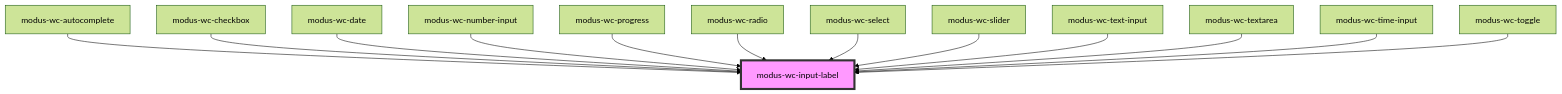
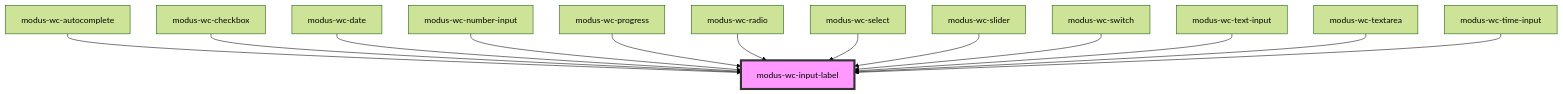
Before and after one commit to trimble-oss/modus-wc-2.0: the diagram in src/components/modus-wc-input-label/readme.md, drawn with Mermaid (forest theme). The commit also changed other lines of this file and 9 other files, not shown here.

Commit message:
rename component: toggle -> switch

````diff
--- a/src/components/modus-wc-input-label/readme.md
+++ b/src/components/modus-wc-input-label/readme.md
@@ -46,16 +46,16 @@
 ```mermaid
 graph TD;
   modus-wc-autocomplete --> modus-wc-input-label
   modus-wc-checkbox --> modus-wc-input-label
   modus-wc-date --> modus-wc-input-label
   modus-wc-number-input --> modus-wc-input-label
   modus-wc-progress --> modus-wc-input-label
   modus-wc-radio --> modus-wc-input-label
   modus-wc-select --> modus-wc-input-label
   modus-wc-slider --> modus-wc-input-label
+  modus-wc-switch --> modus-wc-input-label
   modus-wc-text-input --> modus-wc-input-label
   modus-wc-textarea --> modus-wc-input-label
   modus-wc-time-input --> modus-wc-input-label
-  modus-wc-toggle --> modus-wc-input-label
   style modus-wc-input-label fill:#f9f,stroke:#333,stroke-width:4px
 ```
````
